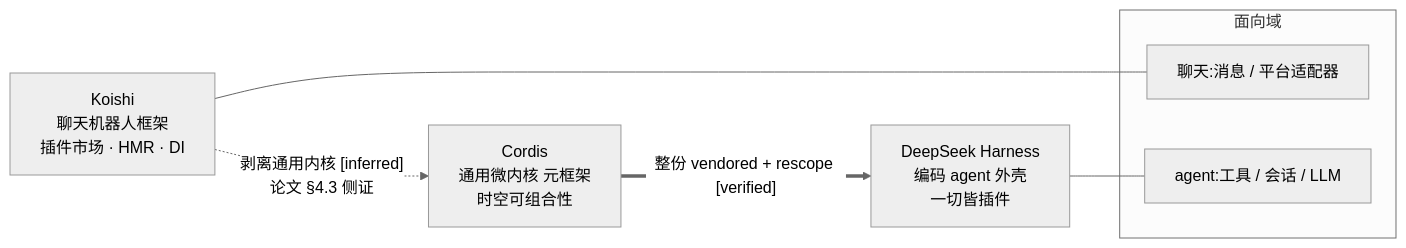
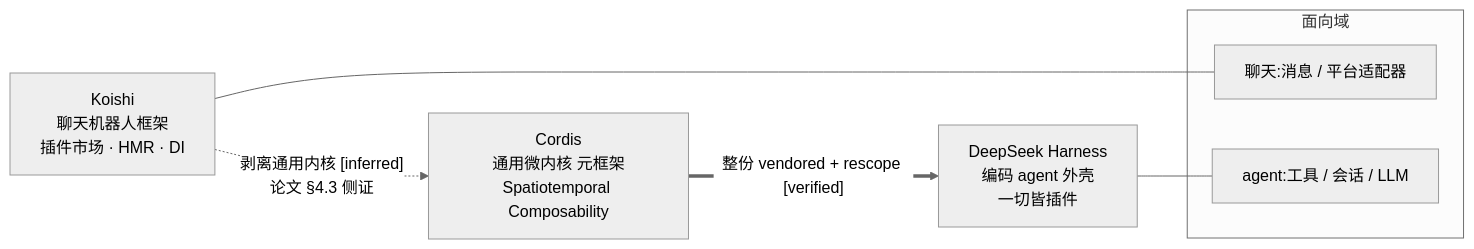
Before and after one commit to xiaonancs/deepseek-harness-deep-dive: the first of 4 diagrams in Part V Cordis Deep Dive/29-Cordis-Koishi-dsh关系.md, drawn with Mermaid. The commit also changed other lines of this file and 23 other files, not shown here.

````diff
--- a/Part V Cordis Deep Dive/29-Cordis-Koishi-dsh关系.md
+++ b/Part V Cordis Deep Dive/29-Cordis-Koishi-dsh关系.md
@@ -19,15 +19,15 @@
 ```mermaid
 %%{init: {'theme':'neutral'}}%%
 flowchart LR
   K["Koishi<br/>聊天机器人框架<br/>插件市场 · HMR · DI"]
-  C["Cordis<br/>通用微内核 元框架<br/>时空可组合性"]
+  C["Cordis<br/>通用微内核 元框架<br/>Spatiotemporal Composability"]
   D["DeepSeek Harness<br/>编码 agent 外壳<br/>一切皆插件"]
   K -. "剥离通用内核 [inferred]<br/>论文 §4.3 侧证" .-> C
   C == "整份 vendored + rescope [verified]" ==> D
   subgraph 面向域
     KD["聊天:消息 / 平台适配器"]
     DD["agent:工具 / 会话 / LLM"]
   end
   K --- KD
   D --- DD
 ```
````
